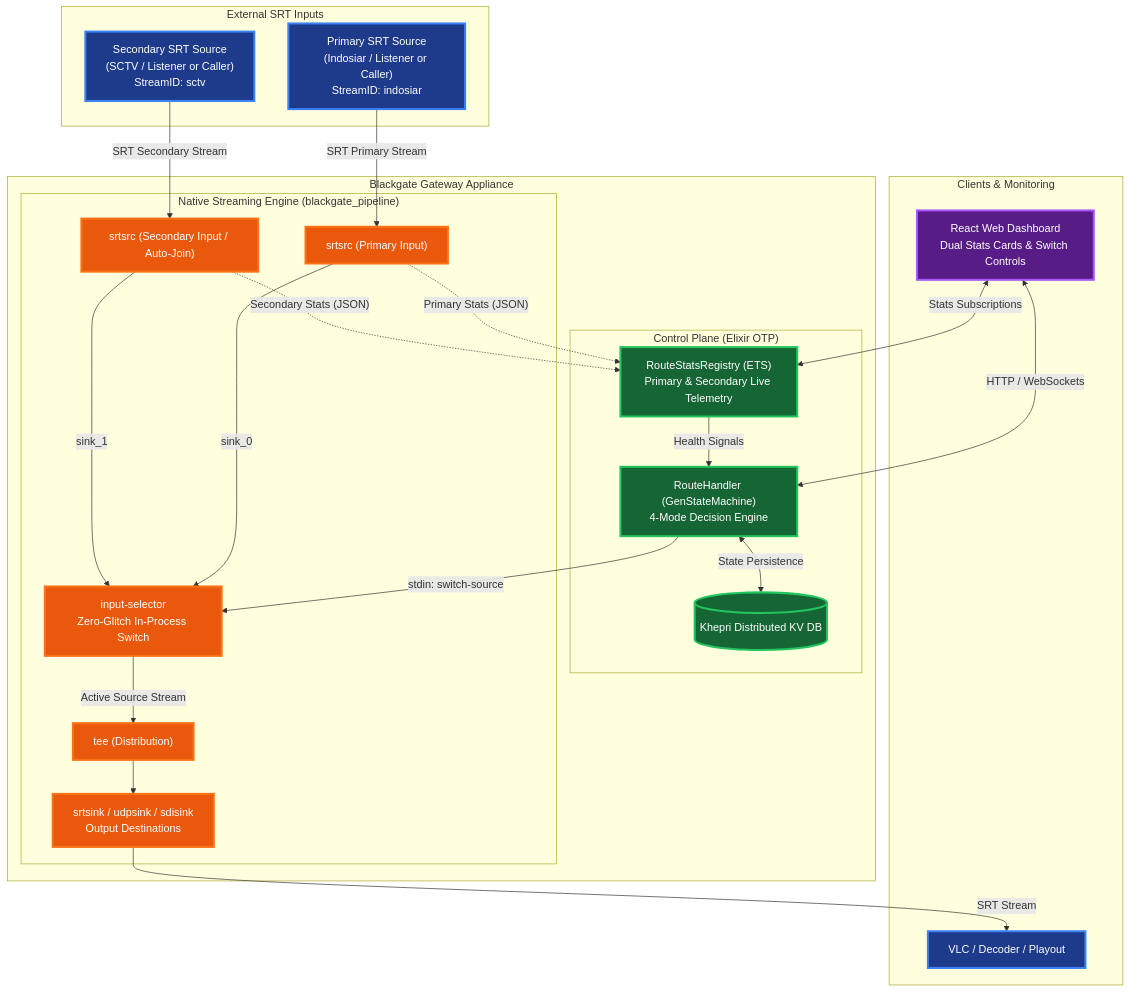
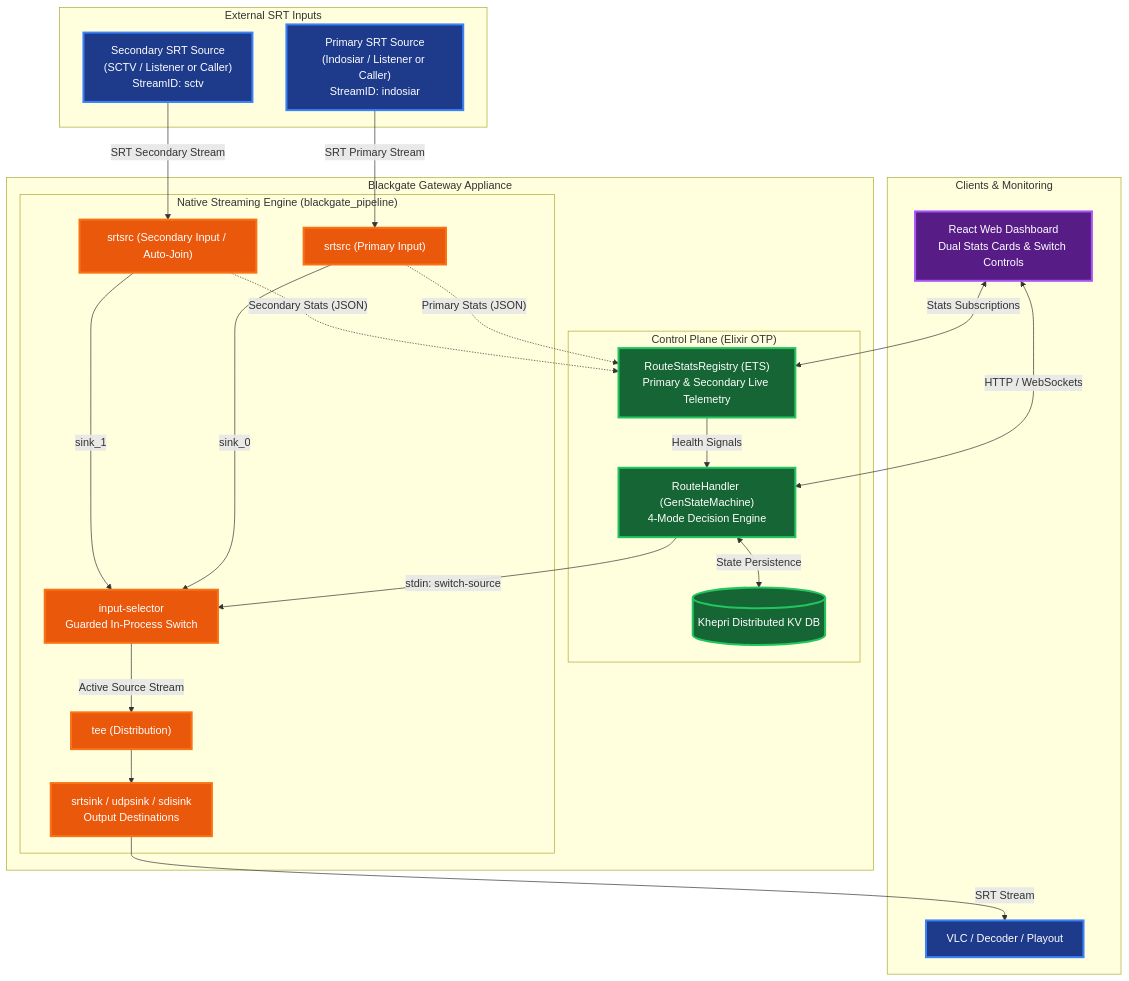
Before and after one commit to visual-alchemy/blackgate-project: the third of 4 diagrams in README.md, drawn with Mermaid. The commit also changed other lines of this file and 10 other files, not shown here.

````diff
--- a/README.md
+++ b/README.md
@@ -202,58 +202,58 @@
 ```mermaid
 graph TB
     subgraph "External SRT Inputs"
         P["Primary SRT Source<br/>(Indosiar / Listener or Caller)<br/>StreamID: indosiar"]
         S["Secondary SRT Source<br/>(SCTV / Listener or Caller)<br/>StreamID: sctv"]
     end
 
     subgraph "Blackgate Gateway Appliance"
         subgraph "Control Plane (Elixir OTP)"
             RH["RouteHandler (GenStateMachine)<br/>4-Mode Decision Engine"]
             SR["RouteStatsRegistry (ETS)<br/>Primary & Secondary Live Telemetry"]
             DB[("Khepri Distributed KV DB")]
         end
 
         subgraph "Native Streaming Engine (blackgate_pipeline)"
             P_SRC["srtsrc (Primary Input)"]
             S_SRC["srtsrc (Secondary Input / Auto-Join)"]
-            SEL["input-selector<br/>Zero-Glitch In-Process Switch"]
+            SEL["input-selector<br/>Guarded In-Process Switch"]
             TEE["tee (Distribution)"]
             SNK["srtsink / udpsink / sdisink<br/>Output Destinations"]
         end
     end
 
     subgraph "Clients & Monitoring"
         UI["React Web Dashboard<br/>Dual Stats Cards & Switch Controls"]
         VLC["VLC / Decoder / Playout"]
     end
 
     P -->|"SRT Primary Stream"| P_SRC
     S -->|"SRT Secondary Stream"| S_SRC
 
     P_SRC -->|"sink_0"| SEL
     S_SRC -->|"sink_1"| SEL
 
     SEL -->|"Active Source Stream"| TEE
     TEE --> SNK
     SNK -->|"SRT Stream"| VLC
 
     P_SRC -.->|"Primary Stats (JSON)"| SR
     S_SRC -.->|"Secondary Stats (JSON)"| SR
 
     SR -->|"Health Signals"| RH
     RH -->|"stdin: switch-source"| SEL
     RH <-->|"State Persistence"| DB
 
     UI <-->|"HTTP / WebSockets"| RH
     UI <-->|"Stats Subscriptions"| SR
 
     classDef external fill:#1e3a8a,stroke:#3b82f6,stroke-width:3px,color:#ffffff
     classDef control fill:#166534,stroke:#22c55e,stroke-width:3px,color:#ffffff
     classDef streaming fill:#ea580c,stroke:#f97316,stroke-width:3px,color:#ffffff
     classDef ui fill:#581c87,stroke:#a855f7,stroke-width:3px,color:#ffffff
 
     class P,S,VLC external
     class RH,SR,DB control
     class P_SRC,S_SRC,SEL,TEE,SNK streaming
     class UI ui
 ```
````
